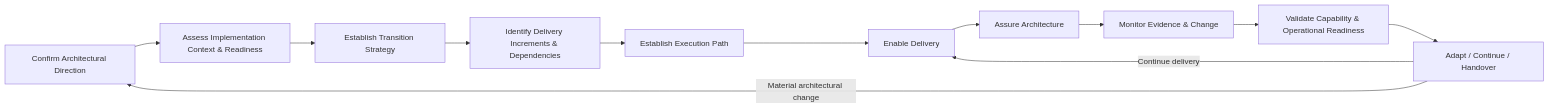
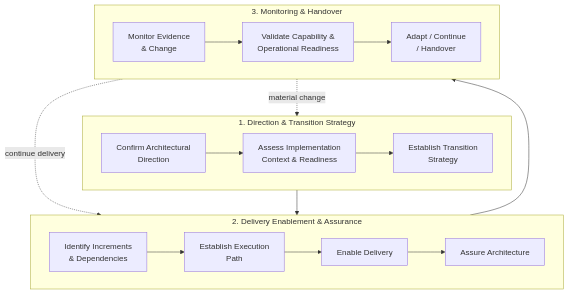
Before and after one commit to avfranco-br/portfolio: the fourth of 11 diagrams in docs/sop/04-delivery-enablement.md, drawn with Mermaid. The commit also changed other lines of this file and 10 other files, not shown here.

Commit message:
Refactor Mermaid diagrams across SOP and methods documentation for legibility

````diff
--- a/docs/sop/04-delivery-enablement.md
+++ b/docs/sop/04-delivery-enablement.md
@@ -393,24 +401,25 @@
 ```mermaid
-flowchart LR
-    A["Confirm Architectural Direction"]
-    B["Assess Implementation Context & Readiness"]
-    C["Establish Transition Strategy"]
-    D["Identify Delivery Increments & Dependencies"]
-    E["Establish Execution Path"]
-    F["Enable Delivery"]
-    G["Assure Architecture"]
-    H["Monitor Evidence & Change"]
-    I["Validate Capability & Operational Readiness"]
-    J["Adapt / Continue / Handover"]
-    A --> B
-    B --> C
+flowchart TD
+    subgraph Plan_Strategy["1. Direction & Transition Strategy"]
+        direction LR
+        A["Confirm Architectural<br/>Direction"] --> B["Assess Implementation<br/>Context & Readiness"]
+        B --> C["Establish Transition<br/>Strategy"]
+    end
+
+    subgraph Enable_Assure["2. Delivery Enablement & Assurance"]
+        direction LR
+        D["Identify Increments<br/>& Dependencies"] --> E["Establish Execution<br/>Path"]
+        E --> F["Enable Delivery"] --> G["Assure Architecture"]
+    end
+
+    subgraph Adapt_Handover["3. Monitoring & Handover"]
+        direction LR
+        H["Monitor Evidence<br/>& Change"] --> I["Validate Capability &<br/>Operational Readiness"]
+        I --> J["Adapt / Continue<br/>/ Handover"]
+    end
+
     C --> D
-    D --> E
-    E --> F
-    F --> G
     G --> H
-    H --> I
-    I --> J
-    J -->|"Continue delivery"| F
-    J -->|"Material architectural change"| A
+    J -. "continue delivery" .-> F
+    J -. "material change" .-> A
 ```
````
